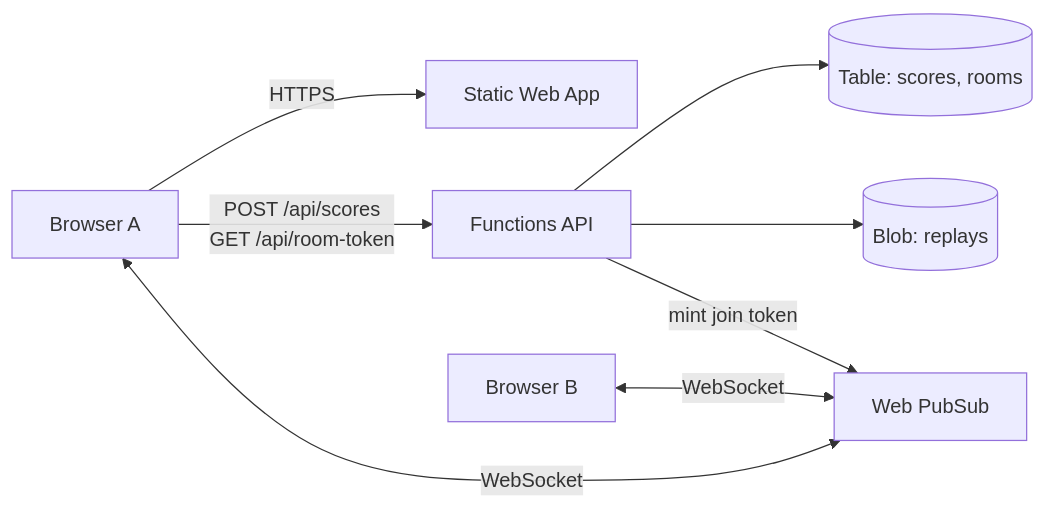
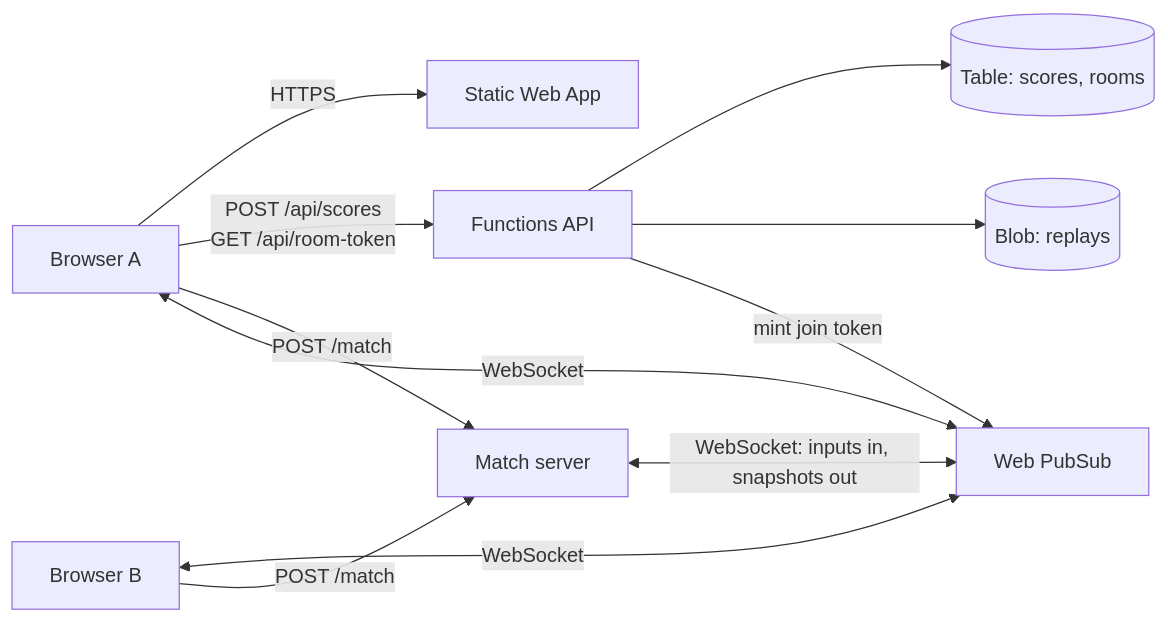
The diagram in infrastructure/docs/RESOURCES.md (AmmarRica/magnetball), drawn with Mermaid before and after one commit. The commit also changed other lines of this file and 19 other files, not shown here.

````diff
--- a/infrastructure/docs/RESOURCES.md
+++ b/infrastructure/docs/RESOURCES.md
@@ -15,10 +17,13 @@
 ```mermaid
 flowchart LR
   B1[Browser A] -->|HTTPS| SWA[Static Web App]
   B1 -->|POST /api/scores<br/>GET /api/room-token| FN[Functions API]
+  B1 -->|POST /match| MS[Match server]
   B1 <-->|WebSocket| WPS[Web PubSub]
   B2[Browser B] <-->|WebSocket| WPS
+  B2 -->|POST /match| MS
+  MS <-->|WebSocket: inputs in, snapshots out| WPS
   FN --> TBL[(Table: scores, rooms)]
   FN --> BLOB[(Blob: replays)]
   FN -->|mint join token| WPS
 ```
````
